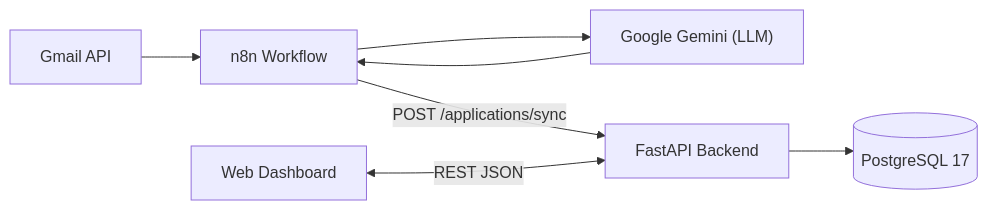
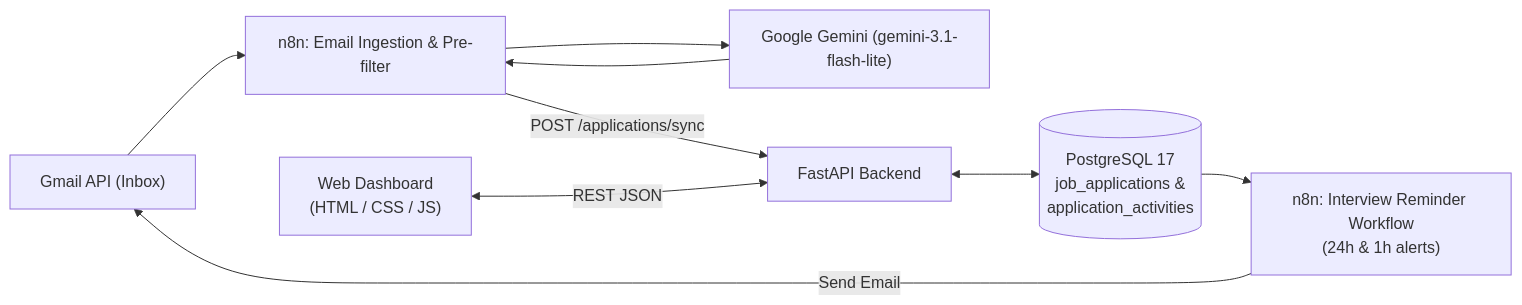
The diagram in README.md (MohamedAminefattoumi/ai-job-application-tracker), drawn with Mermaid before and after one commit. The commit also changed other lines of this file and 11 other files, not shown here.

Commit message:
Add n8n interview reminder workflow

````diff
--- a/README.md
+++ b/README.md
@@ -9,9 +9,11 @@
 ```mermaid
 flowchart LR
-    Gmail["Gmail API"] --> n8n["n8n Workflow"]
-    n8n --> Gemini["Google Gemini (LLM)"]
-    Gemini --> n8n
-    n8n -->|POST /applications/sync| FastAPI["FastAPI Backend"]
-    FastAPI --> Postgres[("PostgreSQL 17")]
-    Dashboard["Web Dashboard"] <-->|REST JSON| FastAPI
+    Gmail["Gmail API (Inbox)"] --> n8nSync["n8n: Email Ingestion & Pre-filter"]
+    n8nSync --> Gemini["Google Gemini (gemini-3.1-flash-lite)"]
+    Gemini --> n8nSync
+    n8nSync -->|POST /applications/sync| FastAPI["FastAPI Backend"]
+    FastAPI <--> Postgres[("PostgreSQL 17\njob_applications &\napplication_activities")]
+    Dashboard["Web Dashboard\n(HTML / CSS / JS)"] <-->|REST JSON| FastAPI
+    Postgres --> n8nRemind["n8n: Interview Reminder Workflow\n(24h & 1h alerts)"]
+    n8nRemind -->|Send Email| Gmail
 ```
````
